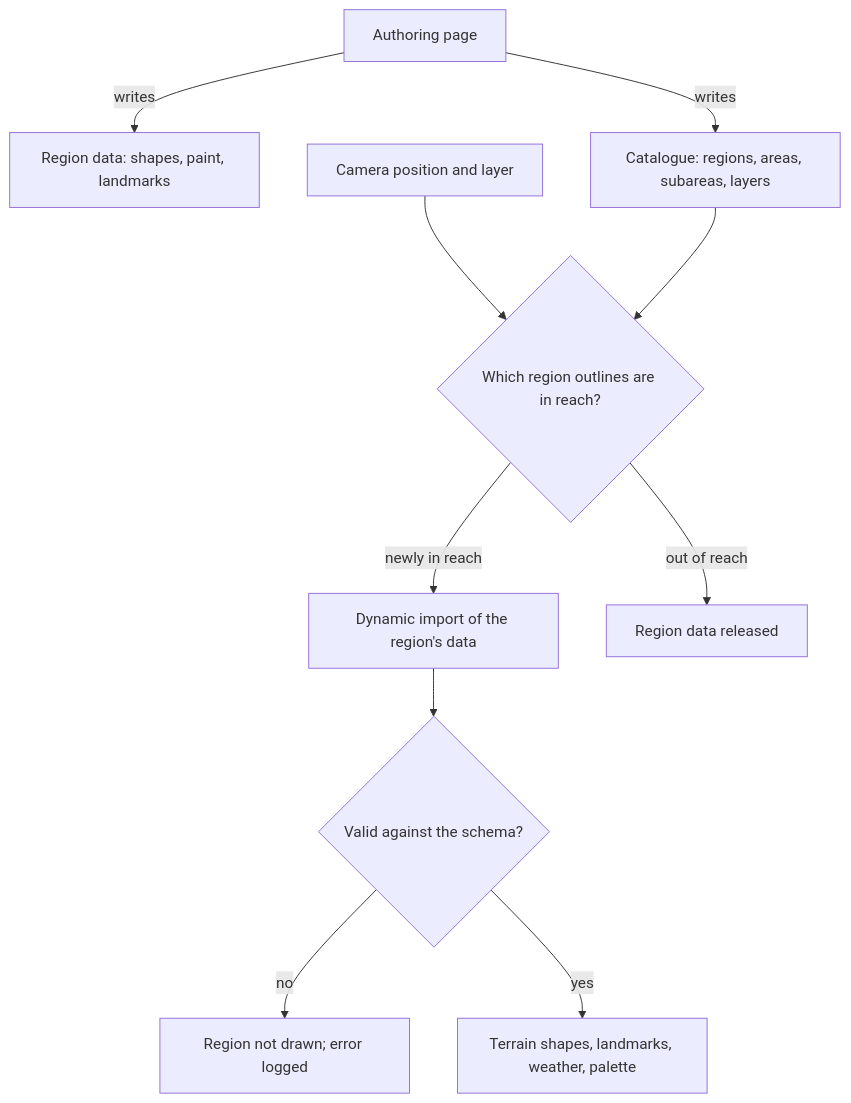
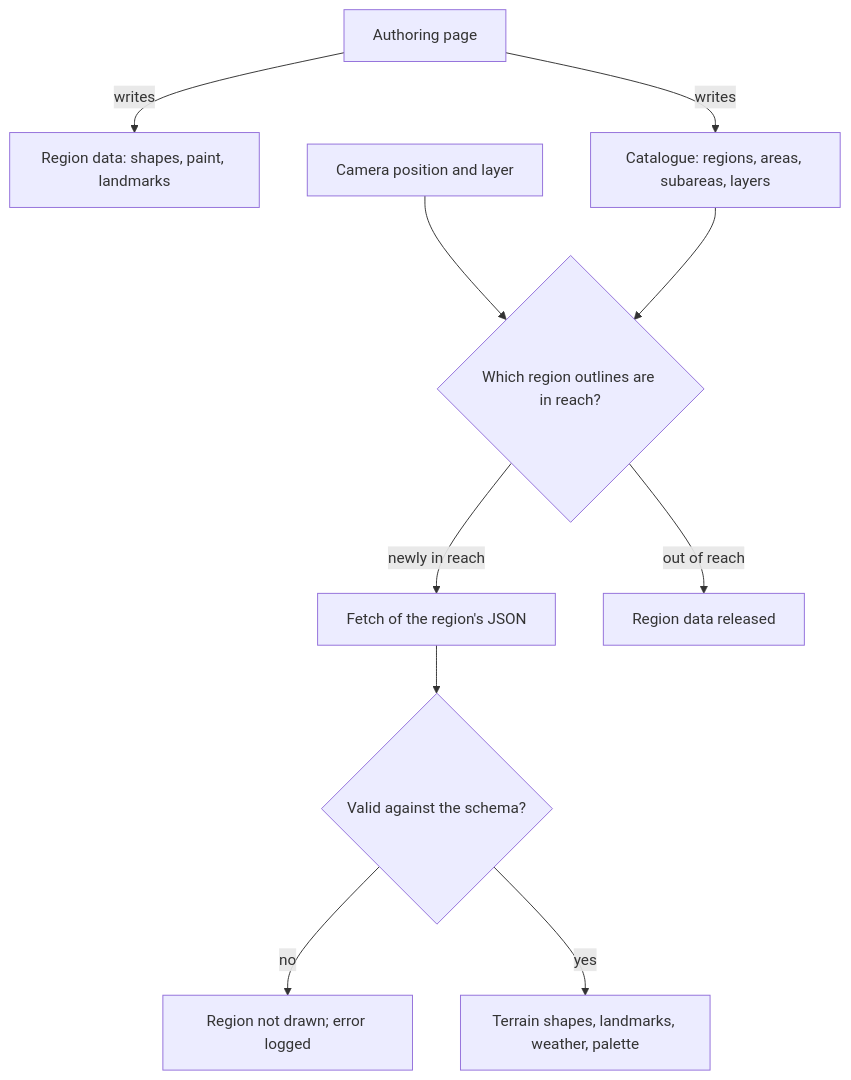
Before and after one commit to Esposter/Esposter: the diagram in apps/web/content/docs/proposals/teyvat/world-map.md, drawn with Mermaid. The commit also changed other lines of this file and 8 other files, not shown here.

First line of the commit message:
docs(teyvat): fetch region data so leaving a region frees it, and keep Sumeru's realms on the surface

````diff
--- a/apps/web/content/docs/proposals/teyvat/world-map.md
+++ b/apps/web/content/docs/proposals/teyvat/world-map.md
@@ -22,12 +22,12 @@
 ```mermaid
 flowchart TD
   AUTH[Authoring page] -->|writes| RJ[Region data: shapes, paint, landmarks]
   AUTH -->|writes| CAT[Catalogue: regions, areas, subareas, layers]
   CAM[Camera position and layer] --> NEAR{Which region outlines are in reach?}
   CAT --> NEAR
-  NEAR -->|newly in reach| IMP[Dynamic import of the region's data]
+  NEAR -->|newly in reach| IMP[Fetch of the region's JSON]
   IMP --> Z{Valid against the schema?}
   Z -->|no| ERR[Region not drawn; error logged]
   Z -->|yes| USE[Terrain shapes, landmarks, weather, palette]
   NEAR -->|out of reach| DROP[Region data released]
 ```
````
